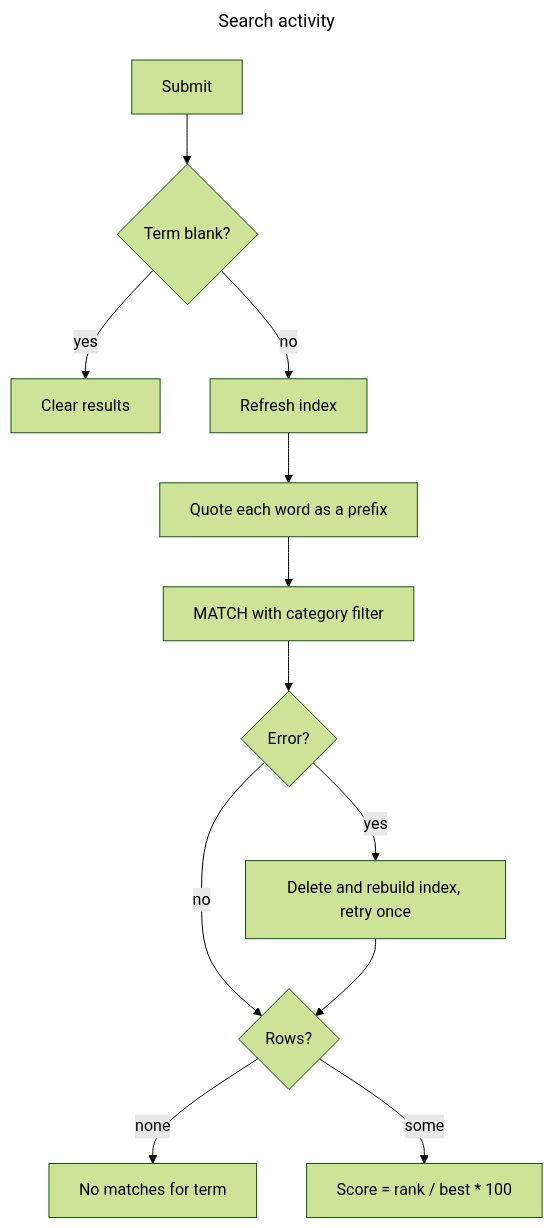
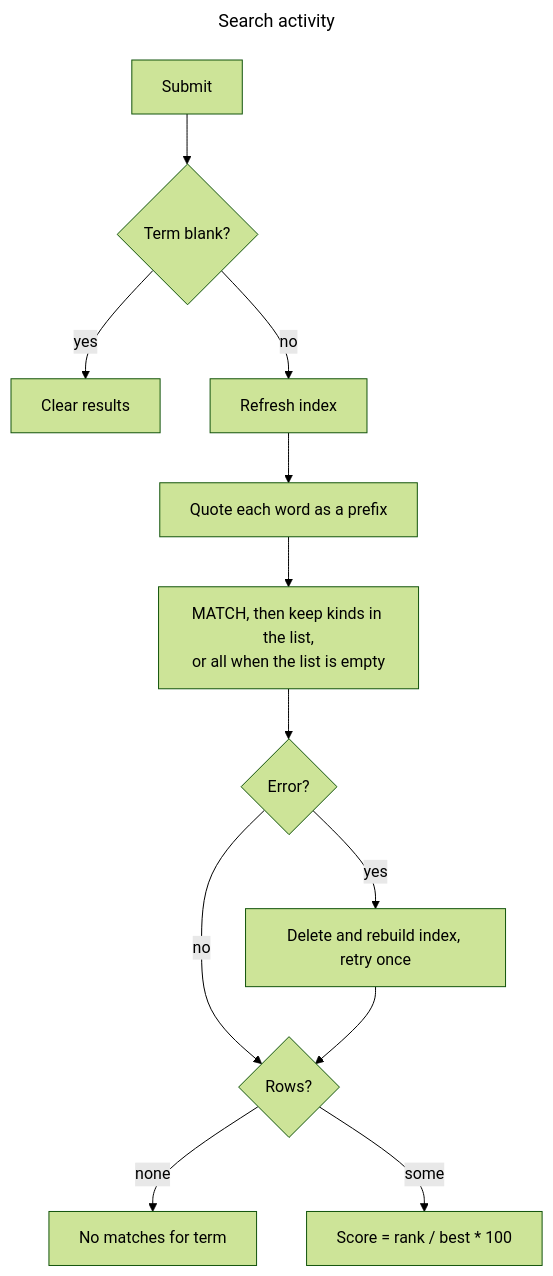
One commit to SpillwaveSolutions/prd-forge-viewer changed the ninth of 20 diagrams in docs/designs/current_design_doc.md. Above: the diagram before and after it, drawn with Mermaid (forest theme). The commit also changed other lines of this file and 8 other files, not shown here.

````diff
--- a/docs/designs/current_design_doc.md
+++ b/docs/designs/current_design_doc.md
@@ -525,17 +542,17 @@
 ```mermaid
 ---
 title: Search activity
 ---
 flowchart TD
     a[Submit] --> b{Term blank?}
     b -->|yes| clear[Clear results]
     b -->|no| c[Refresh index]
     c --> d[Quote each word as a prefix]
-    d --> e[MATCH with category filter]
+    d --> e[MATCH, then keep kinds in the list,<br/>or all when the list is empty]
     e --> f{Error?}
     f -->|yes| g[Delete and rebuild index, retry once]
     f -->|no| h{Rows?}
     g --> h
     h -->|none| i[No matches for term]
     h -->|some| j[Score = rank / best * 100]
 ```
````
